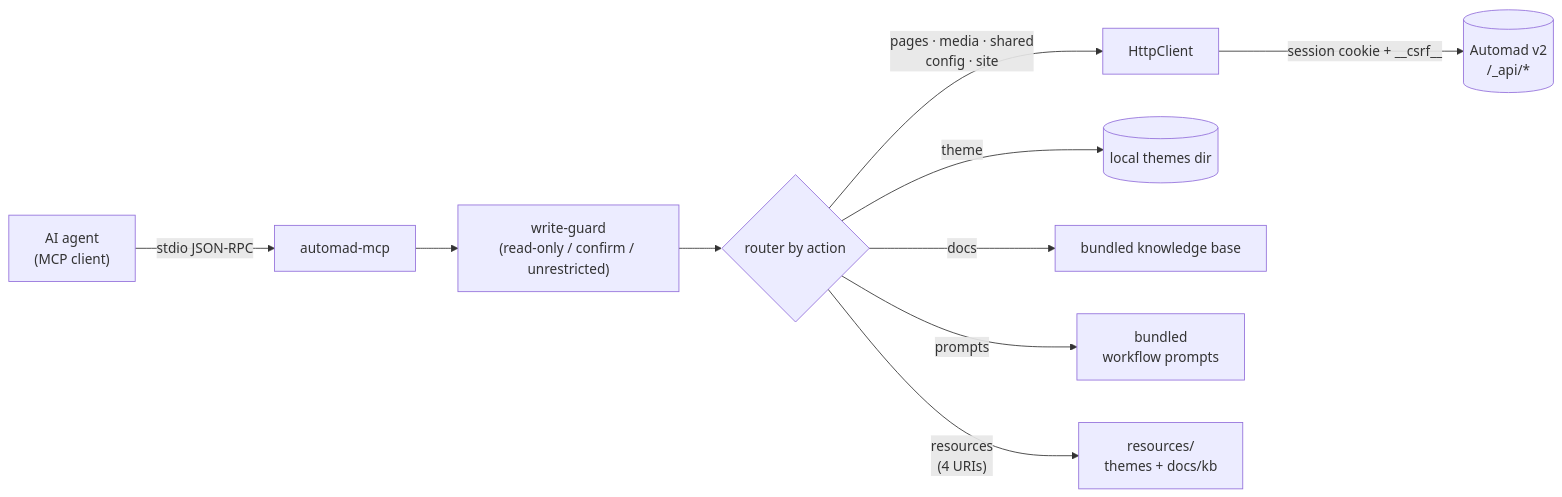
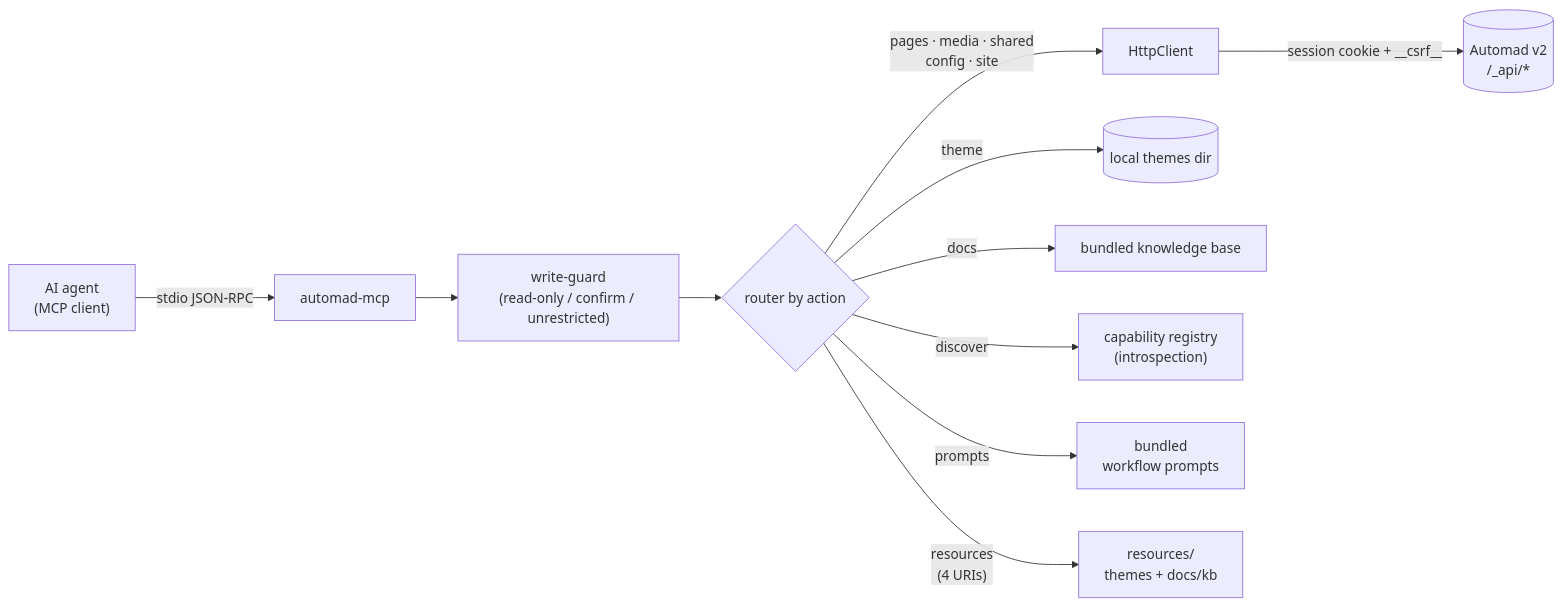
Before and after one commit to cabroe/automad-mcp-server: the diagram in README.md, drawn with Mermaid. The commit also changed other lines of this file and 14 other files, not shown here.

````diff
--- a/README.md
+++ b/README.md
@@ -37,12 +37,13 @@
 ```mermaid
 flowchart LR
   AI["AI agent<br/>(MCP client)"] -- "stdio JSON-RPC" --> S["automad-mcp"]
   S --> G["write-guard<br/>(read-only / confirm / unrestricted)"]
   G --> R{"router by action"}
   R -->|"pages · media · shared<br/>config · site"| C["HttpClient"]
   C -- "session cookie + __csrf__" --> V[("Automad v2<br/>/_api/*")]
   R -->|"theme"| FS[("local themes dir")]
   R -->|"docs"| KB["bundled knowledge base"]
+  R -->|"discover"| REG["capability registry<br/>(introspection)"]
   R -->|"prompts"| P["bundled<br/>workflow prompts"]
   R -->|"resources<br/>(4 URIs)"| X["resources/<br/>themes + docs/kb"]
 ```
````
